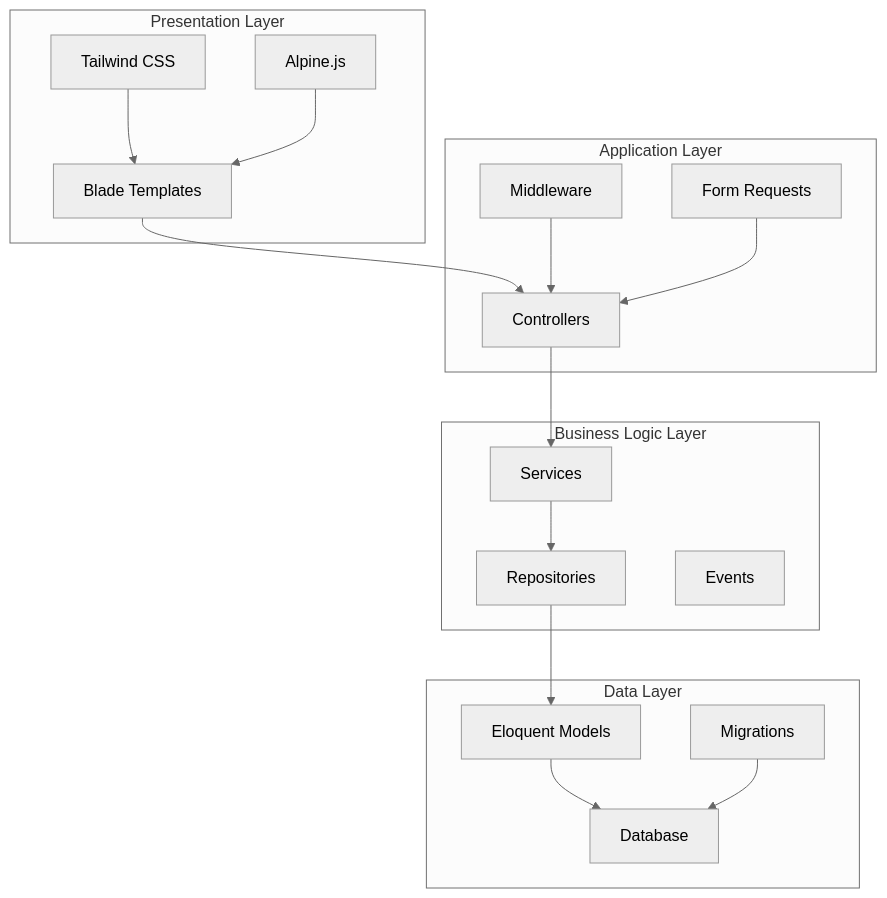
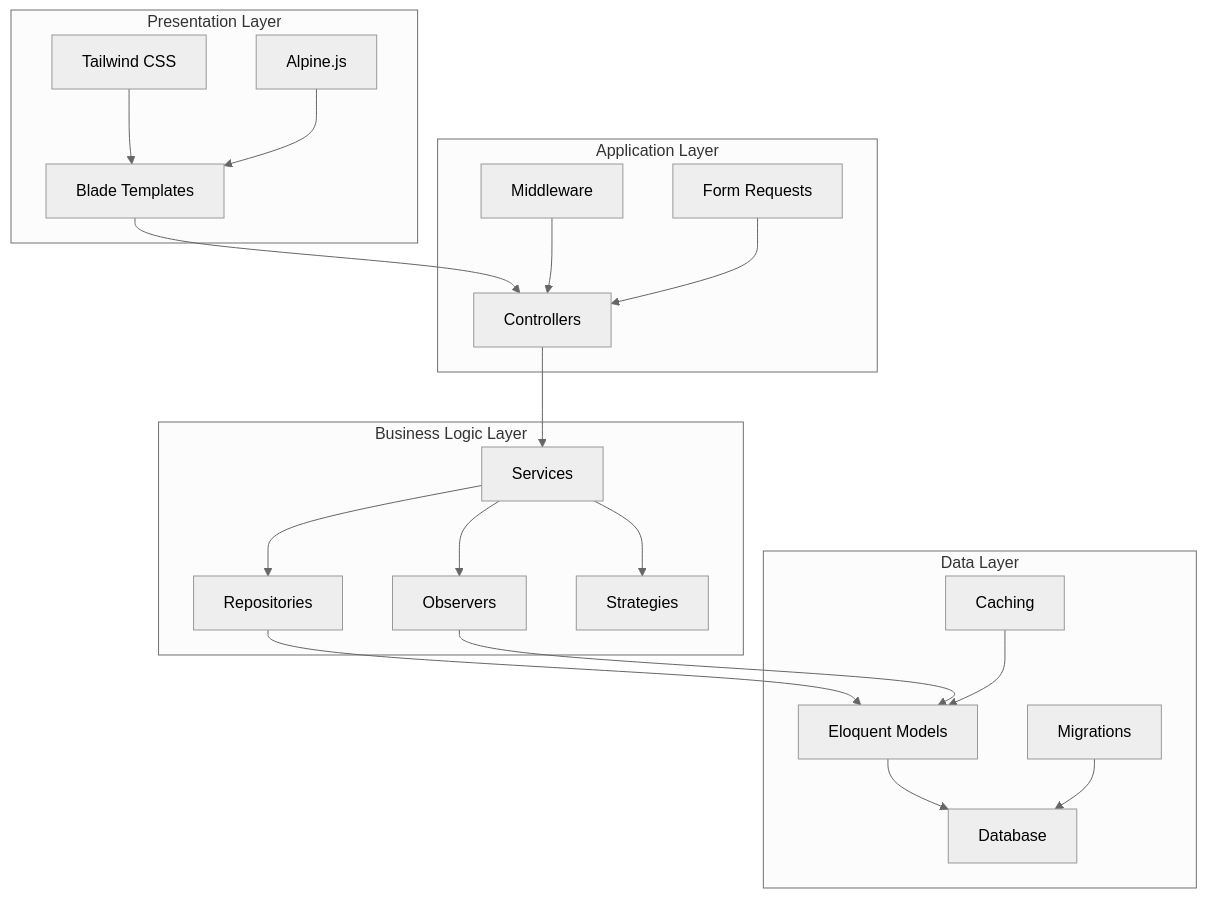
Before and after one commit to Event-Management-Ticketing-System-EMTS/Event-Management-Ticketing-System: the first of 11 diagrams in ARCHITECTURE.md, drawn with Mermaid (neutral theme). The commit also changed other lines of this file and 1 other file, not shown here.

````diff
--- a/ARCHITECTURE.md
+++ b/ARCHITECTURE.md
@@ -5,37 +5,43 @@
 ```mermaid
 graph TB
     subgraph "Presentation Layer"
         A[Blade Templates]
         B[Tailwind CSS]
         C[Alpine.js]
     end
     
     subgraph "Application Layer"
         D[Controllers]
         E[Middleware]
         F[Form Requests]
     end
     
     subgraph "Business Logic Layer"
         G[Services]
         H[Repositories]
-        I[Events]
+        I[Observers]
+        J[Strategies]
     end
     
     subgraph "Data Layer"
-        J[Eloquent Models]
-        K[Database]
-        L[Migrations]
+        K[Eloquent Models]
+        L[Database]
+        M[Migrations]
+        N[Caching]
     end
     
     A --> D
     B --> A
     C --> A
     D --> G
     E --> D
     F --> D
     G --> H
-    H --> J
-    J --> K
-    L --> K
+    G --> I
+    G --> J
+    H --> K
+    I --> K
+    K --> L
+    M --> L
+    N --> K
 ```
````
